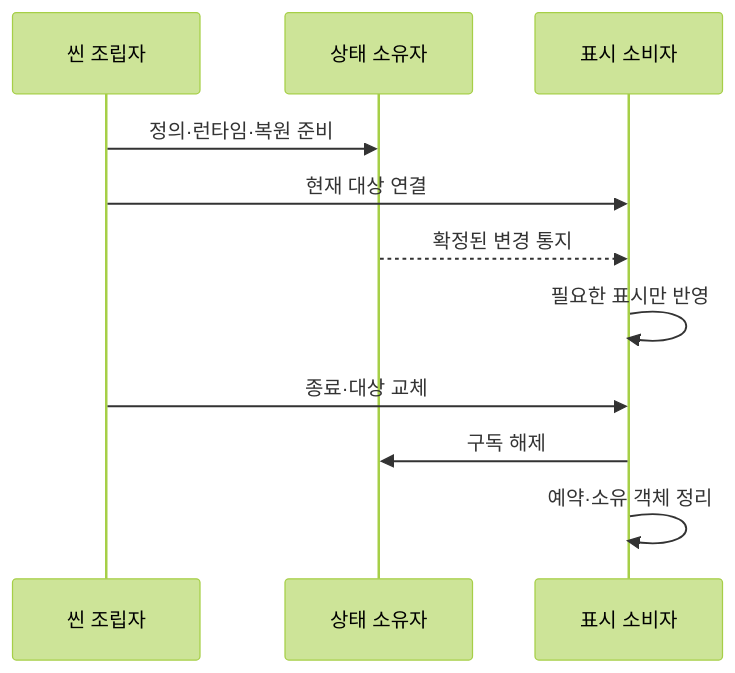
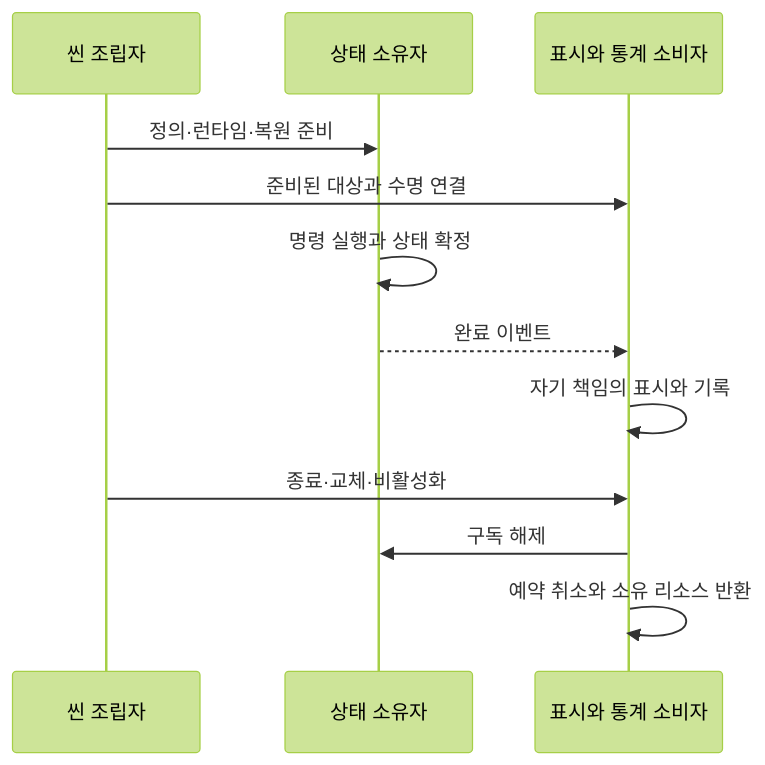
Before and after one commit to lkhwcf-arch/Human_Ghost-: the second of 2 diagrams in Docs/개발자용 설계문서/현재 구현과 검증 현황.md, drawn with Mermaid (forest theme). The commit also changed other lines of this file and 16 other files, not shown here.

````diff
--- a/Docs/개발자용 설계문서/현재 구현과 검증 현황.md
+++ b/Docs/개발자용 설계문서/현재 구현과 검증 현황.md
@@ -106,13 +100,14 @@
 ```mermaid
 sequenceDiagram
     participant C as 씬 조립자
     participant R as 상태 소유자
-    participant V as 표시 소비자
+    participant V as 표시와 통계 소비자
     C->>R: 정의·런타임·복원 준비
-    C->>V: 현재 대상 연결
-    R-->>V: 확정된 변경 통지
-    V->>V: 필요한 표시만 반영
-    C->>V: 종료·대상 교체
+    C->>V: 준비된 대상과 수명 연결
+    R->>R: 명령 실행과 상태 확정
+    R-->>V: 완료 이벤트
+    V->>V: 자기 책임의 표시와 기록
+    C->>V: 종료·교체·비활성화
     V->>R: 구독 해제
-    V->>V: 예약·소유 객체 정리
+    V->>V: 예약 취소와 소유 리소스 반환
 ```
````
